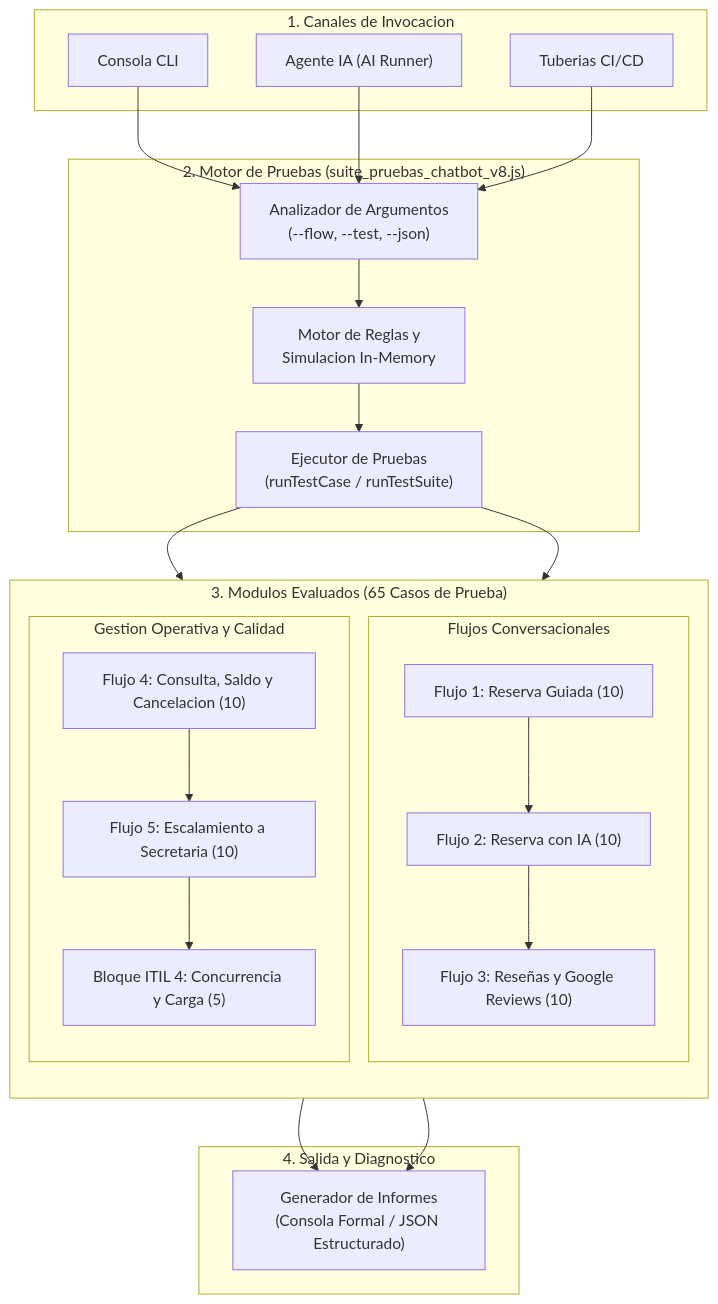
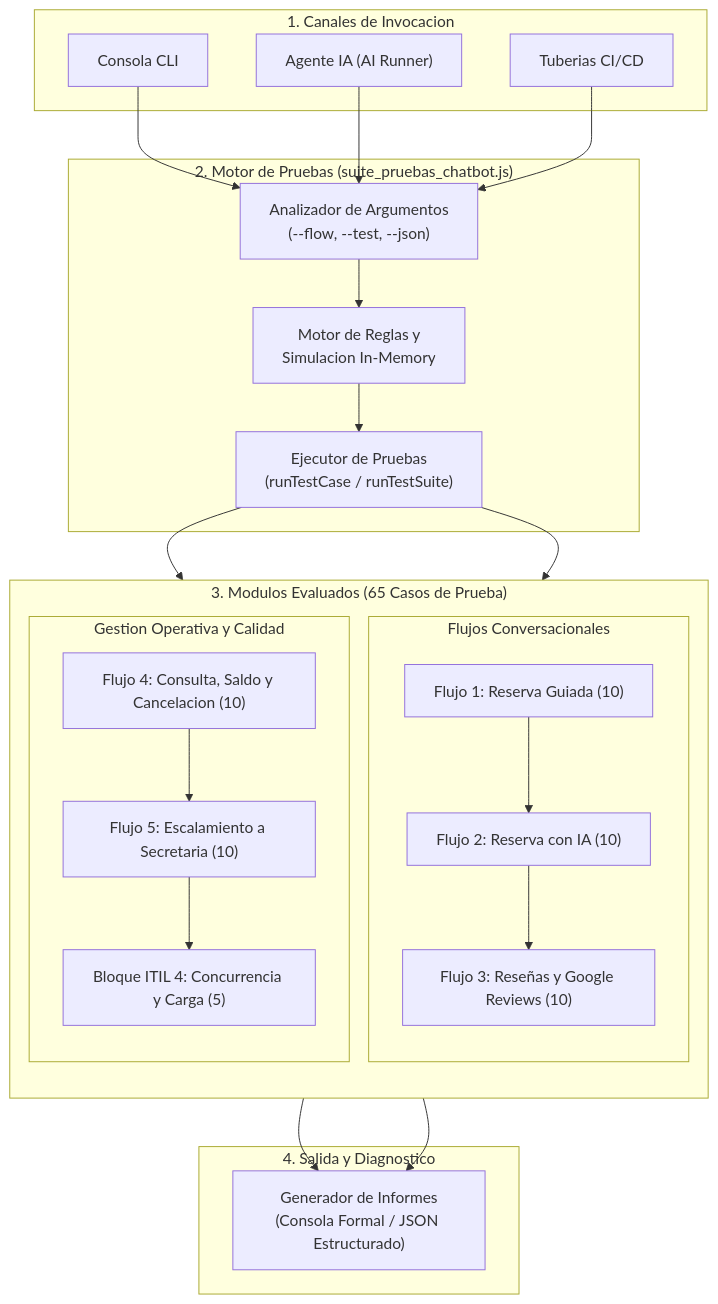
The diagram in tests/chatbot/README.md (JuanJarias/SatoriPMS), drawn with Mermaid before and after one commit. The commit also changed other lines of this file and 3 other files, not shown here.

Commit message:
chore(tests): rename suite_pruebas_chatbot_v8.js to suite_pruebas_chatbot.js and update references

````diff
--- a/tests/chatbot/README.md
+++ b/tests/chatbot/README.md
@@ -48,43 +48,43 @@
 ```mermaid
 flowchart TD
     subgraph Canales ["1. Canales de Invocacion"]
         CLI["Consola CLI"]
         AI["Agente IA (AI Runner)"]
         CI["Tuberias CI/CD"]
     end
 
-    subgraph Orquestador ["2. Motor de Pruebas (suite_pruebas_chatbot_v8.js)"]
+    subgraph Orquestador ["2. Motor de Pruebas (suite_pruebas_chatbot.js)"]
         Parser["Analizador de Argumentos\n(--flow, --test, --json)"]
         Engine["Motor de Reglas y\nSimulacion In-Memory"]
         Runner["Ejecutor de Pruebas\n(runTestCase / runTestSuite)"]
         Parser --> Engine --> Runner
     end
 
     subgraph Modulos ["3. Modulos Evaluados (65 Casos de Prueba)"]
         direction TB
         subgraph Col1 ["Flujos Conversacionales"]
             F1["Flujo 1: Reserva Guiada (10)"]
             F2["Flujo 2: Reserva con IA (10)"]
             F3["Flujo 3: Reseñas y Google Reviews (10)"]
             F1 --> F2 --> F3
         end
         subgraph Col2 ["Gestion Operativa y Calidad"]
             F4["Flujo 4: Consulta, Saldo y Cancelacion (10)"]
             F5["Flujo 5: Escalamiento a Secretaria (10)"]
             FITIL["Bloque ITIL 4: Concurrencia y Carga (5)"]
             F4 --> F5 --> FITIL
         end
     end
 
     subgraph Salida ["4. Salida y Diagnostico"]
         ReportGen["Generador de Informes\n(Consola Formal / JSON Estructurado)"]
     end
 
     CLI --> Parser
     AI --> Parser
     CI --> Parser
     Runner --> F1
     Runner --> F4
     F3 --> ReportGen
     FITIL --> ReportGen
 ```
````
